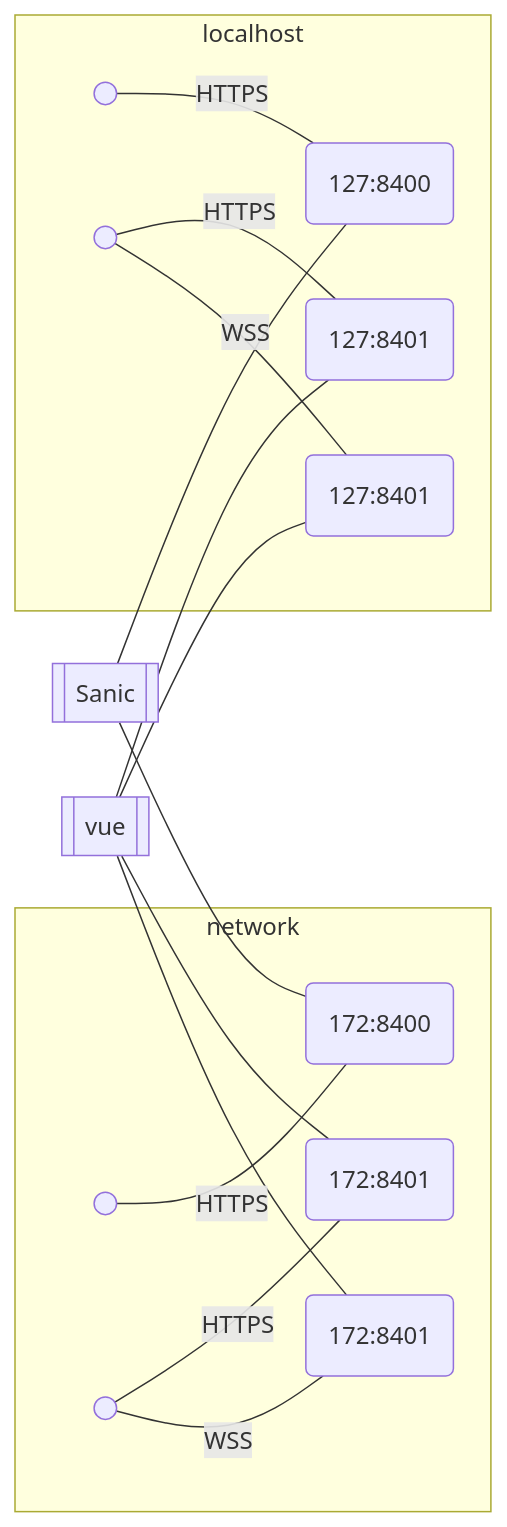
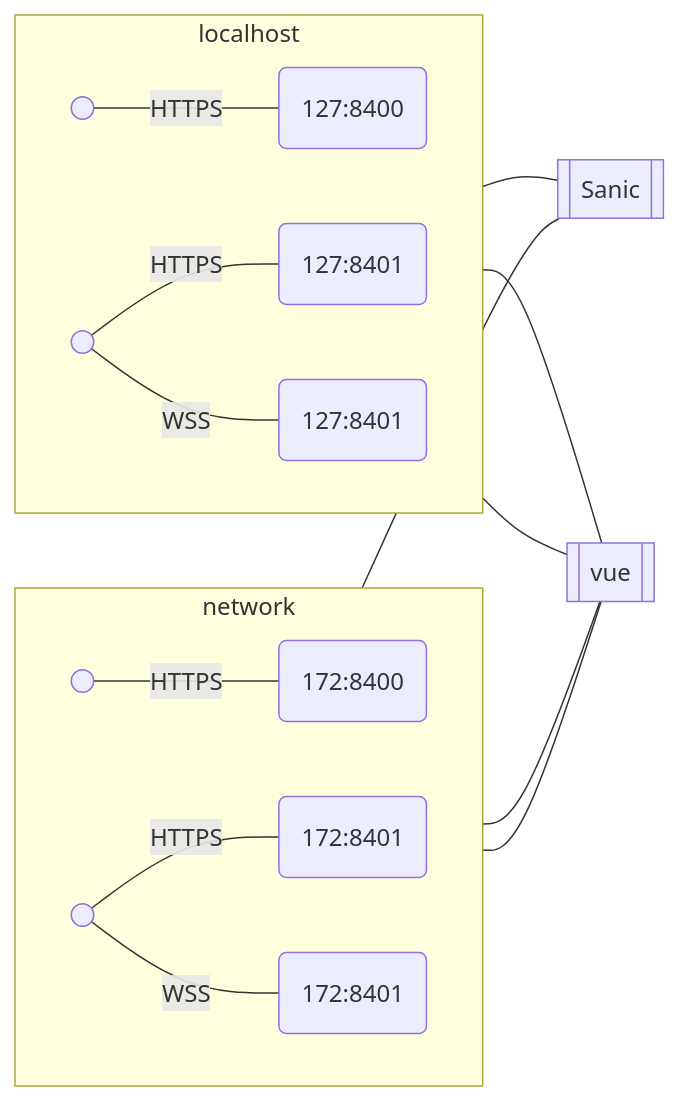
One commit to smucclaw/gsheet changed the first of 4 diagrams in natural4-server/natural4_server/nginx-proxy.md. Above: the diagram before and after it, drawn with Mermaid.

Commit message:
Redirect

````diff
--- a/natural4-server/natural4_server/nginx-proxy.md
+++ b/natural4-server/natural4_server/nginx-proxy.md
@@ -6,19 +6,21 @@
 ```mermaid
 flowchart LR
     subgraph network
+        direction LR
         network_tls_8400_port(( ))-- HTTPS ---network_https_8400(172:8400)
         network_tls_8401_port(( ))-- HTTPS ---network_https_8401(172:8401)
         network_tls_8401_port(( ))-- WSS ---network_wss_8401(172:8401)
     end
     subgraph localhost
+        direction LR
         loop_https_8400_port(( ))-- HTTPS ---loop_https_8400(127:8400)
         loop_tls_8401_port(( ))-- HTTPS ---loop_https_8401(127:8401)
         loop_tls_8401_port(( ))-- WSS ---loop_wss_8401(127:8401)
     end
-    sanic[[ Sanic ]]---network_https_8400
-    sanic---loop_https_8400
-    vue[[ vue ]]---network_https_8401
-    vue---loop_https_8401
-    vue---loop_wss_8401
-    vue---network_wss_8401
+    network_https_8400---sanic[[ Sanic ]]
+    loop_https_8400---sanic
+    network_https_8401---vue[[ vue ]]
+    loop_https_8401---vue
+    loop_wss_8401---vue
+    network_wss_8401---vue
 ```
````
